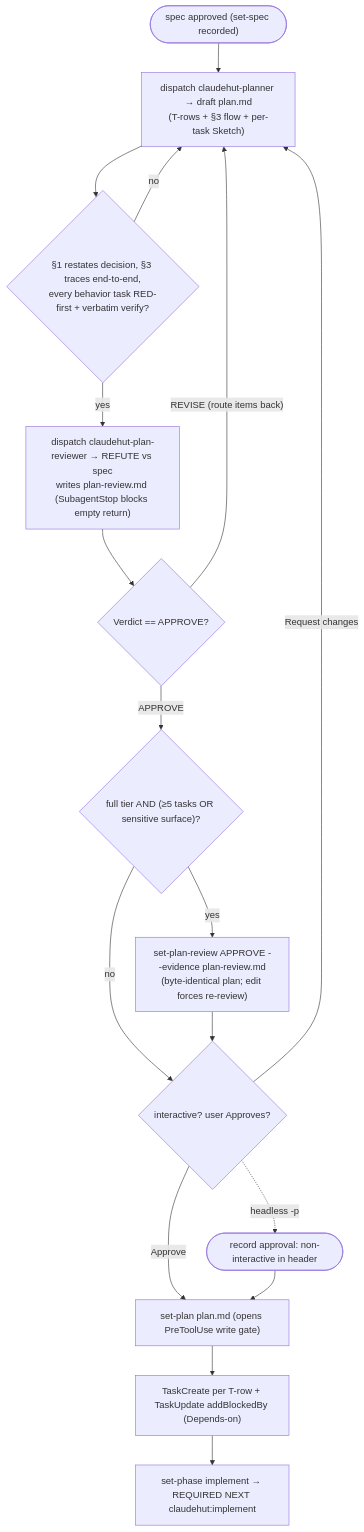
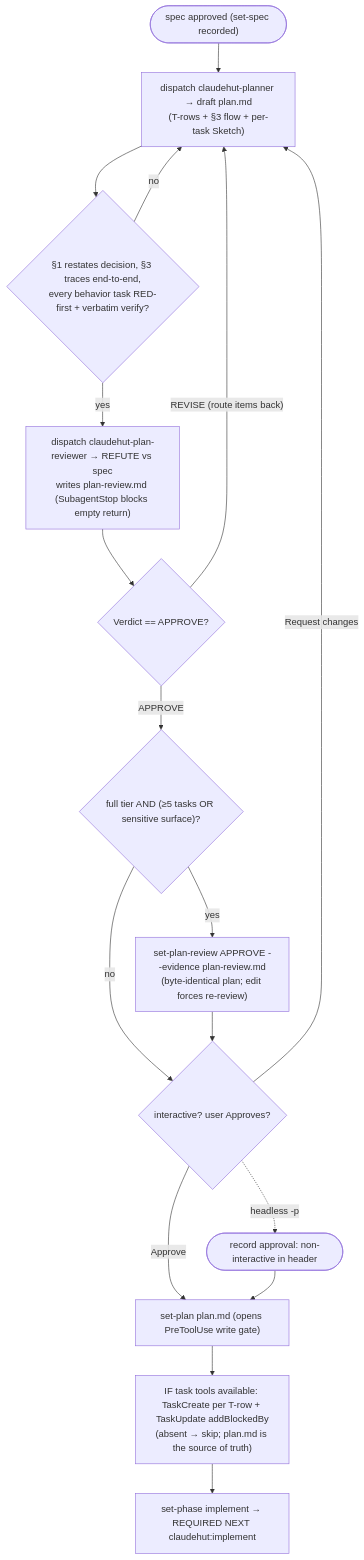
One commit to taipt1504/claudehut changed the diagram in skills/write-plan/SKILL.md. Above: the diagram before and after it, drawn with Mermaid. The commit also changed other lines of this file and 5 other files, not shown here.

````diff
--- a/skills/write-plan/SKILL.md
+++ b/skills/write-plan/SKILL.md
@@ -14,19 +14,19 @@
 ```mermaid
 flowchart TB
     s(["spec approved (set-spec recorded)"]) --> draft["dispatch claudehut-planner → draft plan.md<br/>(T-rows + §3 flow + per-task Sketch)"]
     draft --> check{"§1 restates decision, §3 traces end-to-end,<br/>every behavior task RED-first + verbatim verify?"}
     check -- "no" --> draft
     check -- "yes" --> rev["dispatch claudehut-plan-reviewer → REFUTE vs spec<br/>writes plan-review.md (SubagentStop blocks empty return)"]
     rev --> verdict{"Verdict == APPROVE?"}
     verdict -- "REVISE (route items back)" --> draft
     verdict -- "APPROVE" --> smart{"full tier AND (≥5 tasks OR sensitive surface)?"}
     smart -- "yes" --> record["set-plan-review APPROVE --evidence plan-review.md<br/>(byte-identical plan; edit forces re-review)"]
     smart -- "no" --> ask
     record --> ask{"interactive? user Approves?"}
     ask -- "Request changes" --> draft
     ask -. "headless -p" .-> bypass(["record approval: non-interactive in header"])
     ask -- "Approve" --> setplan["set-plan plan.md (opens PreToolUse write gate)"]
     bypass --> setplan
-    setplan --> mirror["TaskCreate per T-row + TaskUpdate addBlockedBy (Depends-on)"]
+    setplan --> mirror["IF task tools available: TaskCreate per T-row + TaskUpdate addBlockedBy<br/>(absent → skip; plan.md is the source of truth)"]
     mirror --> phase["set-phase implement → REQUIRED NEXT claudehut:implement"]
 ```
````
